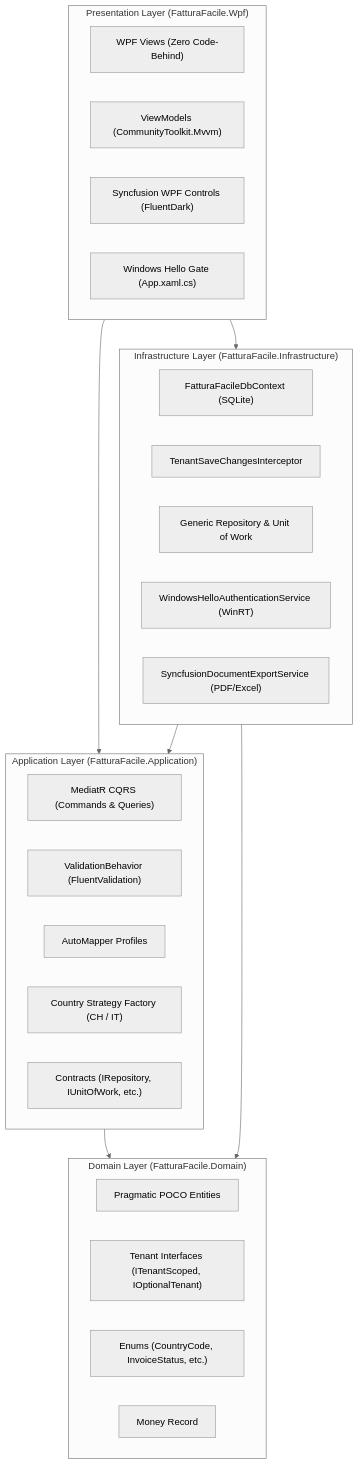
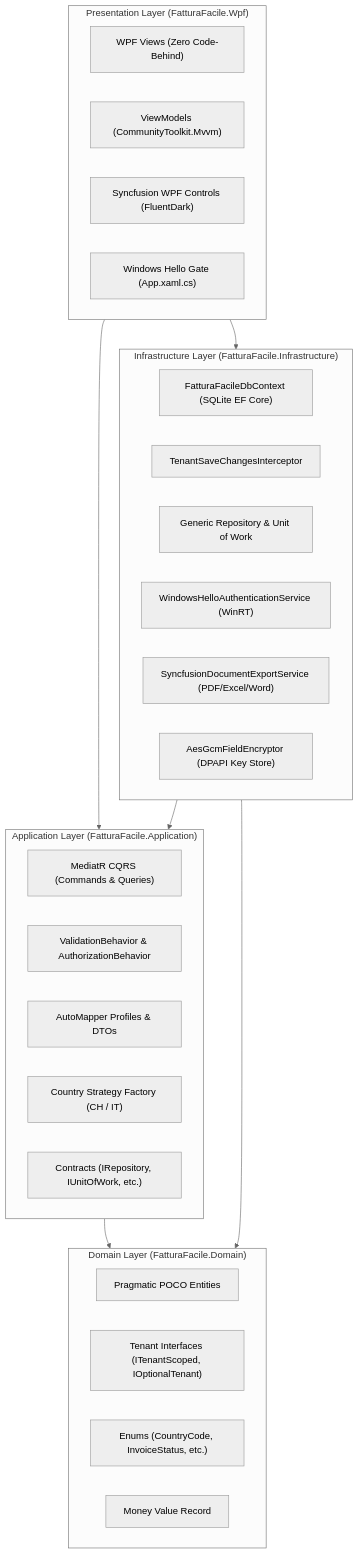
Before and after one commit to FatturaFacile/desktop: the first of 2 diagrams in README.md, drawn with Mermaid (neutral theme). The commit also changed other lines of this file, not shown here.

````diff
--- a/README.md
+++ b/README.md
@@ -22,38 +70,39 @@
 ```mermaid
 graph TD
     subgraph Presentation ["Presentation Layer (FatturaFacile.Wpf)"]
         WPF["WPF Views (Zero Code-Behind)"]
         VM["ViewModels (CommunityToolkit.Mvvm)"]
         SF["Syncfusion WPF Controls (FluentDark)"]
         AUTH_UI["Windows Hello Gate (App.xaml.cs)"]
     end
 
     subgraph Infrastructure ["Infrastructure Layer (FatturaFacile.Infrastructure)"]
-        DBC["FatturaFacileDbContext (SQLite)"]
+        DBC["FatturaFacileDbContext (SQLite EF Core)"]
         INTER["TenantSaveChangesInterceptor"]
         REPOS["Generic Repository & Unit of Work"]
         WH_SVC["WindowsHelloAuthenticationService (WinRT)"]
-        EXP_SVC["SyncfusionDocumentExportService (PDF/Excel)"]
+        EXP_SVC["SyncfusionDocumentExportService (PDF/Excel/Word)"]
+        ENC["AesGcmFieldEncryptor (DPAPI Key Store)"]
     end
 
     subgraph Application ["Application Layer (FatturaFacile.Application)"]
         MED["MediatR CQRS (Commands & Queries)"]
-        VAL["ValidationBehavior (FluentValidation)"]
-        MAP["AutoMapper Profiles"]
+        VAL["ValidationBehavior & AuthorizationBehavior"]
+        MAP["AutoMapper Profiles & DTOs"]
         STRAT["Country Strategy Factory (CH / IT)"]
         IFACES["Contracts (IRepository, IUnitOfWork, etc.)"]
     end
 
     subgraph Domain ["Domain Layer (FatturaFacile.Domain)"]
         POCO["Pragmatic POCO Entities"]
         INTERF["Tenant Interfaces (ITenantScoped, IOptionalTenant)"]
         ENUMS["Enums (CountryCode, InvoiceStatus, etc.)"]
-        MONEY["Money Record"]
+        MONEY["Money Value Record"]
     end
 
     Presentation --> Application
     Presentation --> Infrastructure
     Infrastructure --> Application
     Application --> Domain
     Infrastructure --> Domain
 ```
````
